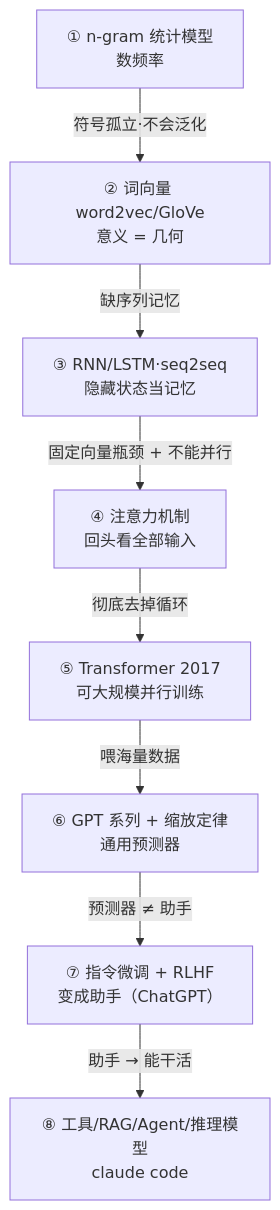
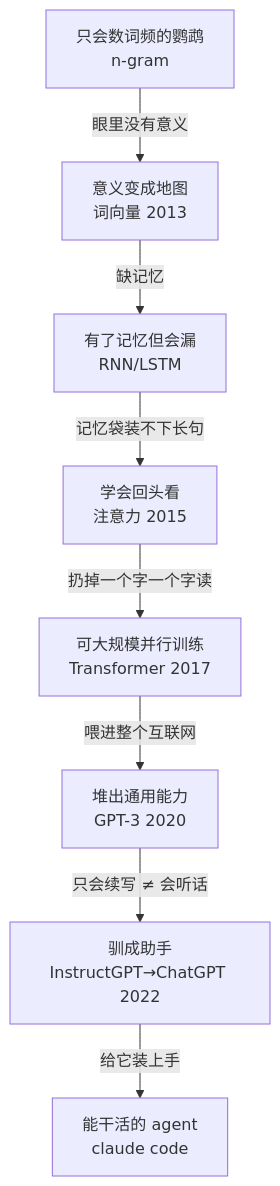
The diagram in topics/ai-llm/q1.md (zombiecd/deep-learning), drawn with Mermaid before and after one commit. The commit also changed other lines of this file and 1 other file, not shown here.

First line of the commit message:
docs(ai-llm): 重写 Q1 为教学文档；CLAUDE.md 增文档铁律

````diff
--- a/topics/ai-llm/q1.md
+++ b/topics/ai-llm/q1.md
@@ -68,10 +45,10 @@
 ```mermaid
 flowchart TD
-    A["① n-gram 统计模型<br/>数频率"] -->|"符号孤立·不会泛化"| B["② 词向量 word2vec/GloVe<br/>意义 = 几何"]
-    B -->|"缺序列记忆"| C["③ RNN/LSTM·seq2seq<br/>隐藏状态当记忆"]
-    C -->|"固定向量瓶颈 + 不能并行"| D["④ 注意力机制<br/>回头看全部输入"]
-    D -->|"彻底去掉循环"| E["⑤ Transformer 2017<br/>可大规模并行训练"]
-    E -->|"喂海量数据"| F["⑥ GPT 系列 + 缩放定律<br/>通用预测器"]
-    F -->|"预测器 ≠ 助手"| G["⑦ 指令微调 + RLHF<br/>变成助手（ChatGPT）"]
-    G -->|"助手 → 能干活"| H["⑧ 工具/RAG/Agent/推理模型<br/>claude code"]
+    A["只会数词频的鹦鹉<br/>n-gram"] -->|"眼里没有意义"| B["意义变成地图<br/>词向量 2013"]
+    B -->|"缺记忆"| C["有了记忆但会漏<br/>RNN/LSTM"]
+    C -->|"记忆袋装不下长句"| D["学会回头看<br/>注意力 2015"]
+    D -->|"扔掉一个字一个字读"| E["可大规模并行训练<br/>Transformer 2017"]
+    E -->|"喂进整个互联网"| F["堆出通用能力<br/>GPT-3 2020"]
+    F -->|"只会续写 ≠ 会听话"| G["驯成助手<br/>InstructGPT→ChatGPT 2022"]
+    G -->|"给它装上手"| H["能干活的 agent<br/>claude code"]
 ```
````
